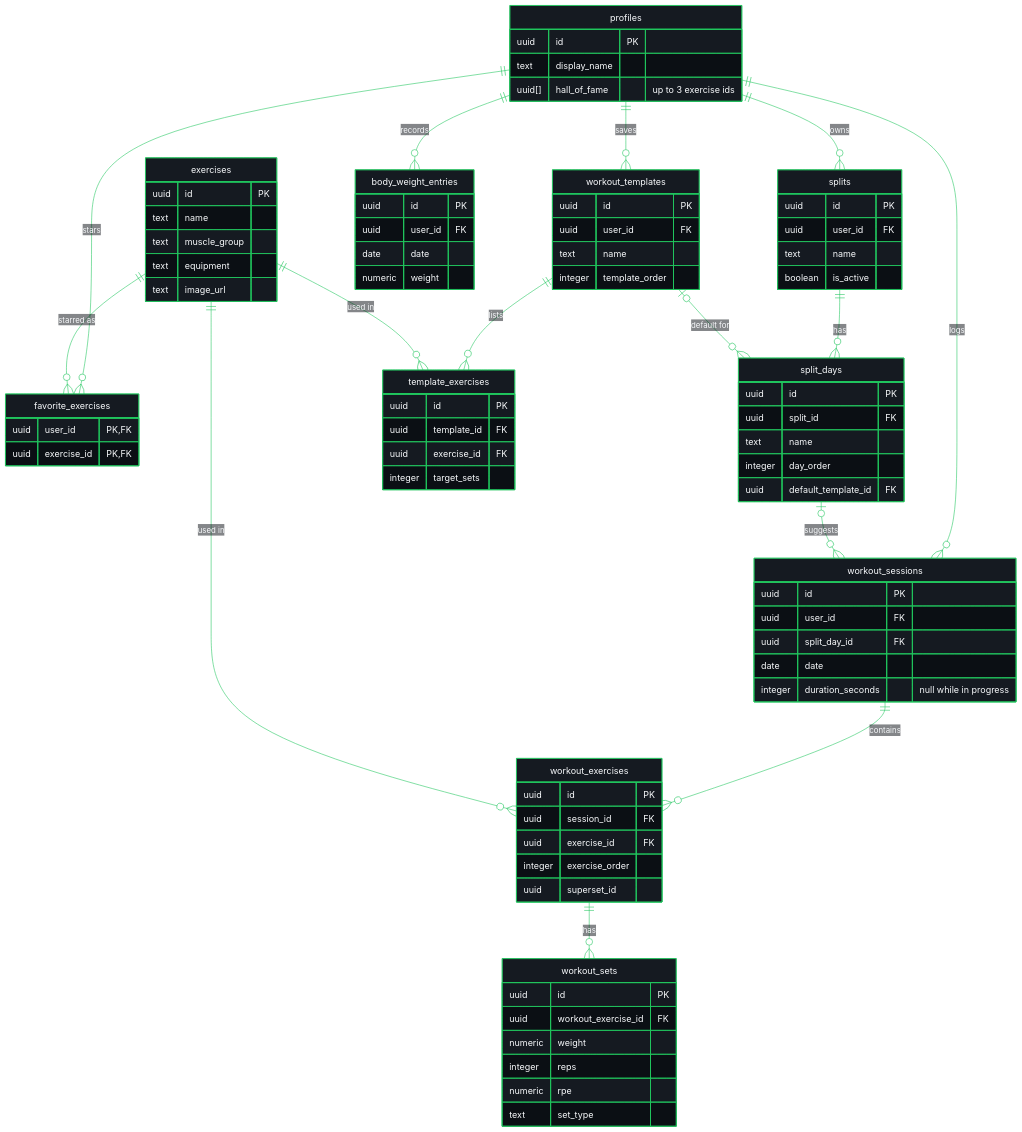
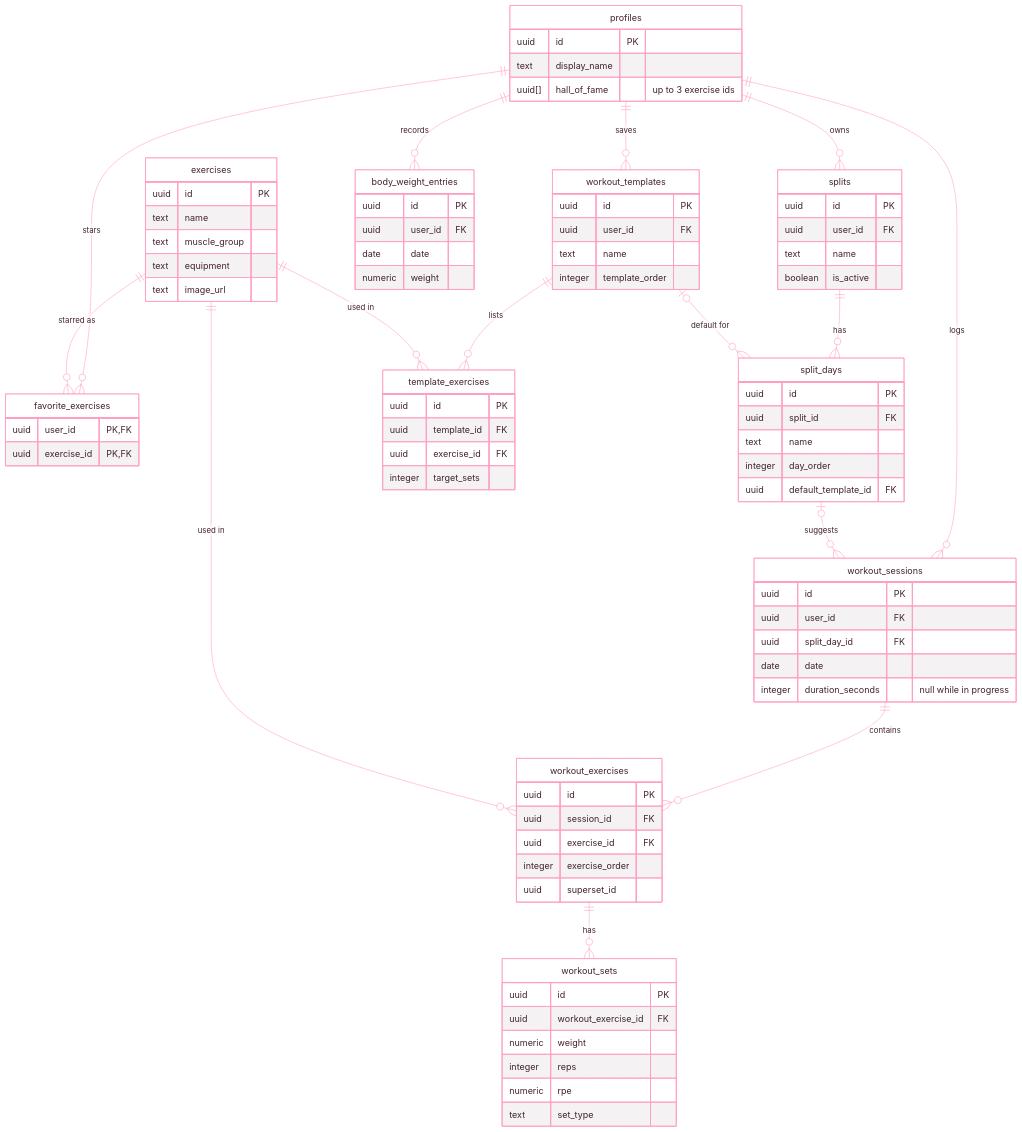
The first of 3 diagrams in docs/architecture.md (divyanshjoshii/workout-tracker), drawn with Mermaid before and after one commit. The commit also changed other lines of this file and 4 other files, not shown here.

First line of the commit message:
docs: recolour diagrams and badges to the pink theme

````diff
--- a/docs/architecture.md
+++ b/docs/architecture.md
@@ -120,6 +120,6 @@
 ```mermaid
-%%{init: {"theme": "base", "themeVariables": {"background": "#0B0F14", "primaryColor": "#151A21", "primaryTextColor": "#F8FAFC", "primaryBorderColor": "#22C55E", "lineColor": "#22C55E", "secondaryColor": "#1E293B", "tertiaryColor": "#0B0F14", "textColor": "#F8FAFC", "edgeLabelBackground": "#0B0F14", "attributeBackgroundColorOdd": "#151A21", "attributeBackgroundColorEven": "#0B0F14", "rowOdd": "#151A21", "rowEven": "#0B0F14", "relationColor": "#22C55E", "relationLabelBackground": "#0B0F14", "relationLabelColor": "#F8FAFC"}}}%%
-%% palette 219897bf
+%%{init: {"theme":"base","themeVariables":{"background":"#FFFFFF","primaryColor":"#FFFFFF","primaryTextColor":"#43222F","primaryBorderColor":"#FF9EC4","lineColor":"#FF9EC4","secondaryColor":"#FFF3F8","tertiaryColor":"#FFFFFF","textColor":"#43222F","edgeLabelBackground":"#FFFFFF","clusterBkg":"#FFFFFF","clusterBorder":"#D9D3D5","titleColor":"#43222F","rowOdd":"#FFFFFF","rowEven":"#F4F2F3","attributeBackgroundColorOdd":"#FFFFFF","attributeBackgroundColorEven":"#F4F2F3","actorBkg":"#FFFFFF","actorBorder":"#FF9EC4","actorTextColor":"#43222F","actorLineColor":"#AA9CA1","signalColor":"#FF9EC4","signalTextColor":"#43222F","labelBoxBkgColor":"#FFFFFF","labelBoxBorderColor":"#FF9EC4","labelTextColor":"#43222F","loopTextColor":"#43222F","noteBkgColor":"#FFF0F6","noteTextColor":"#43222F","noteBorderColor":"#FF9EC4","activationBkgColor":"#FF9EC4","activationBorderColor":"#FF9EC4","relationColor":"#E8588F","relationLabelBackground":"#FFFFFF","relationLabelColor":"#43222F"}}}%%
+%% palette 24b50cd8
 erDiagram
     profiles ||--o{ splits : owns
     profiles ||--o{ workout_sessions : logs
````
